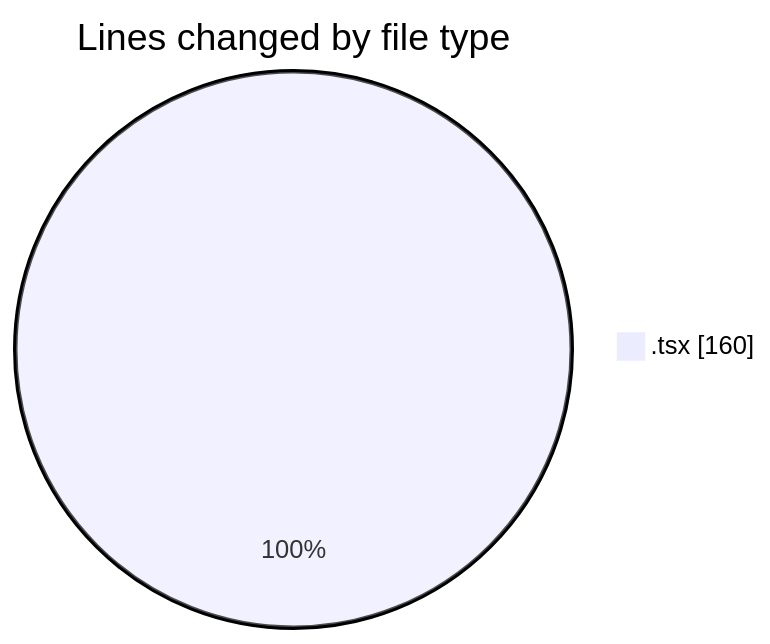
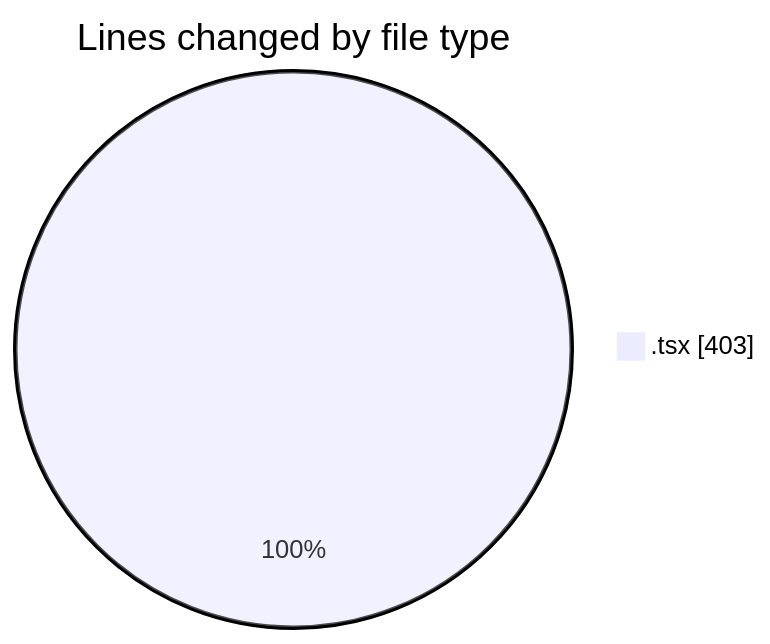
The first of 2 diagrams in 2026-07-08/nxtqube_webapp/README.md (nxtqubesakshisongat/code-tracking), drawn with Mermaid before and after one commit. The commit also changed other lines of this file and 1 other file, not shown here.

````diff
--- a/2026-07-08/nxtqube_webapp/README.md
+++ b/2026-07-08/nxtqube_webapp/README.md
@@ -20,5 +20,5 @@
 ```mermaid
 pie showData
 title Lines changed by file type
-".tsx" : 160
+".tsx" : 403
 ```
````
